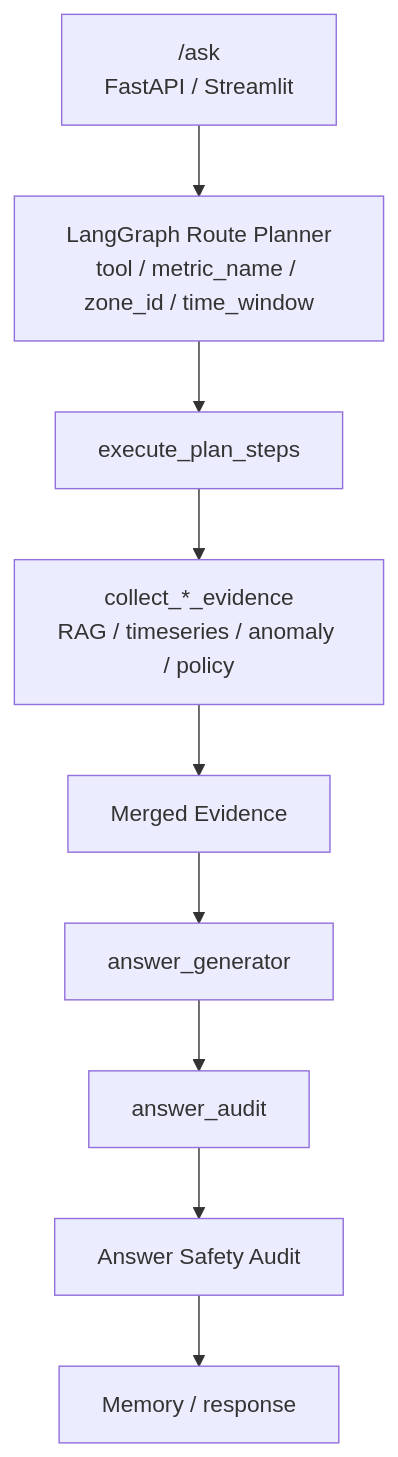
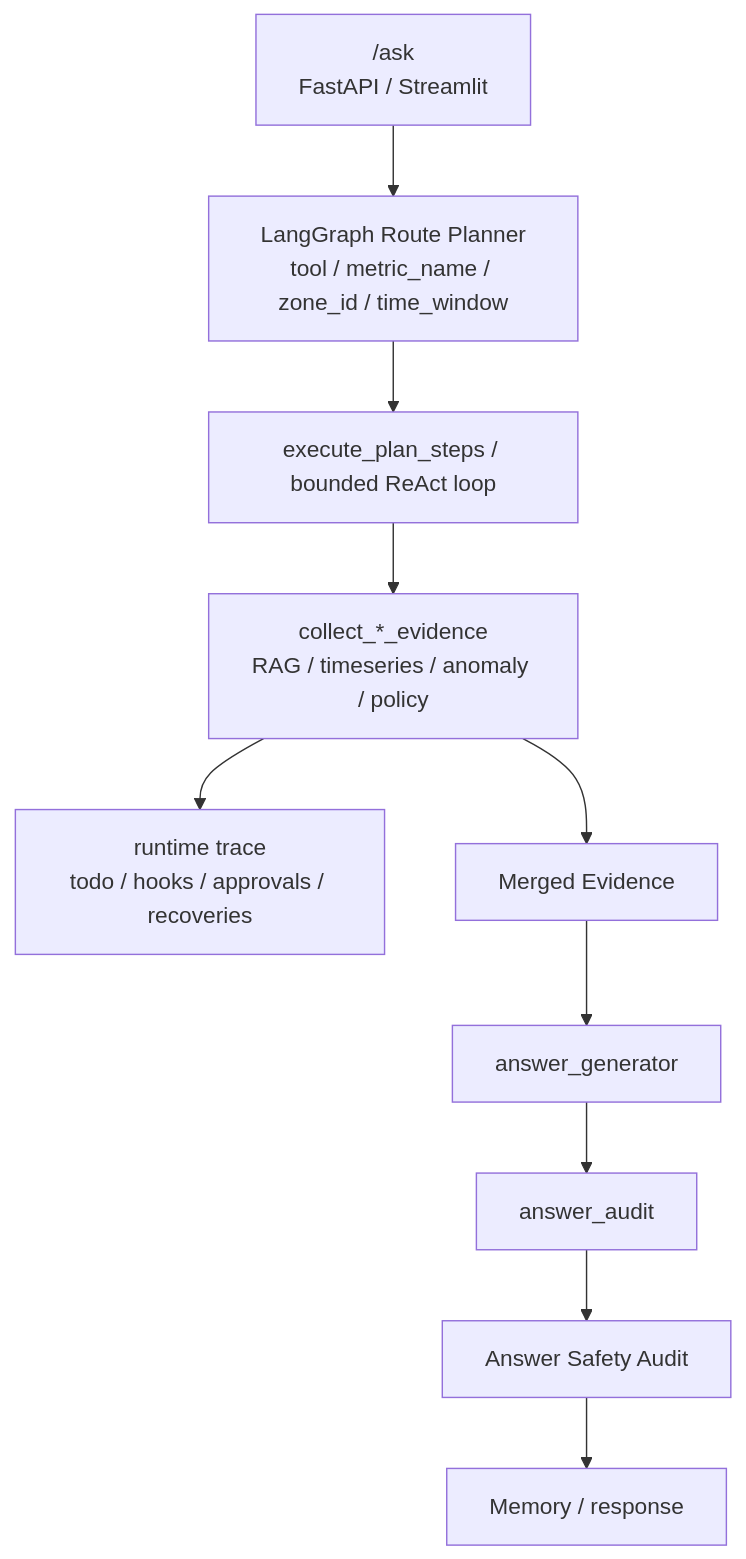
Before and after one commit to zwzwzwzwz123/DataCenter-HVAC-Copilot: the second of 2 diagrams in README.md, drawn with Mermaid. The commit also changed other lines of this file and 34 other files, not shown here.

````diff
--- a/README.md
+++ b/README.md
@@ -49,11 +58,12 @@
 ```mermaid
 flowchart TD
     A["/ask<br/>FastAPI / Streamlit"] --> B["LangGraph Route Planner<br/>tool / metric_name / zone_id / time_window"]
-    B --> C["execute_plan_steps"]
+    B --> C["execute_plan_steps / bounded ReAct loop"]
     C --> D["collect_*_evidence<br/>RAG / timeseries / anomaly / policy"]
+    D --> E["runtime trace<br/>todo / hooks / approvals / recoveries"]
     D --> G["Merged Evidence"]
     G --> H[answer_generator]
     H --> I[answer_audit]
     I --> J["Answer Safety Audit"]
     J --> K["Memory / response"]
 ```
````
